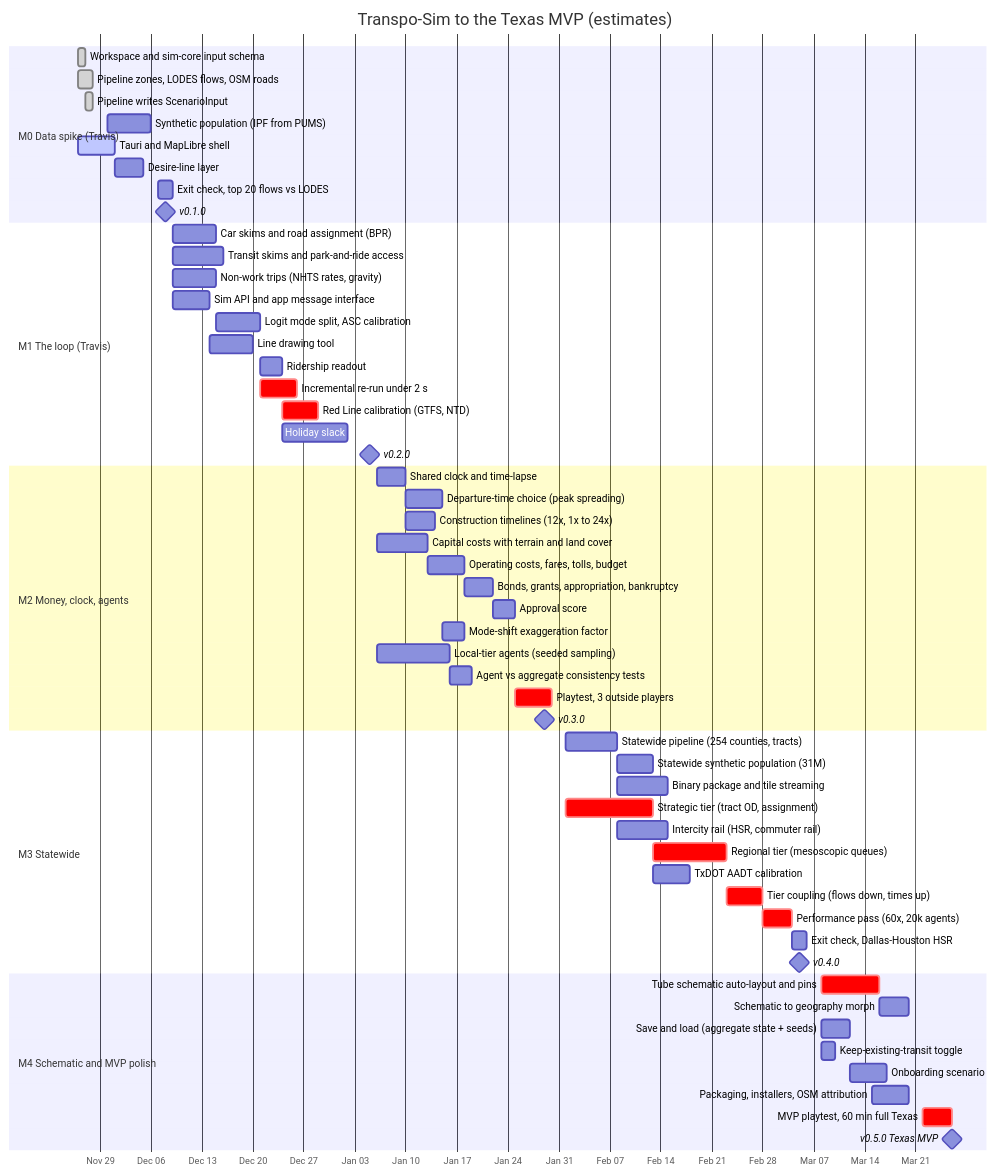
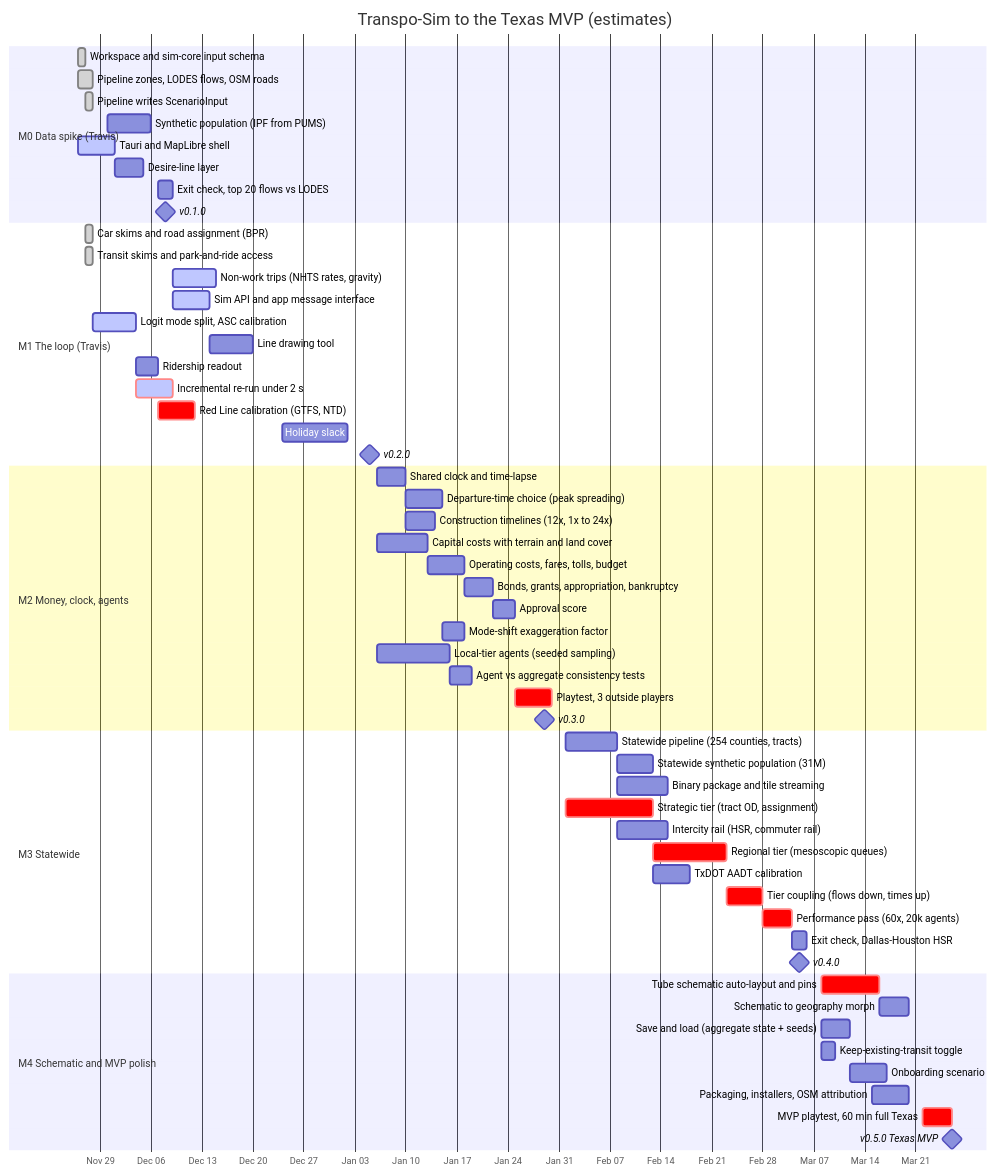
Before and after one commit to mr-gril-em-up/Transportation-Simulator: the diagram in docs/ROADMAP.md, drawn with Mermaid. The commit also changed other lines of this file and 20 other files, not shown here.

First line of the commit message:
sim-core: demand, mode choice, assignment and Sim API (#7)

````diff
--- a/docs/ROADMAP.md
+++ b/docs/ROADMAP.md
@@ -23,67 +23,67 @@
 ```mermaid
 gantt
     title Transpo-Sim to the Texas MVP (estimates)
     dateFormat YYYY-MM-DD
     axisFormat %b %d
     todayMarker on
 
     section M0 Data spike (Travis)
     Workspace and sim-core input schema        :done,   f01, 2026-11-26, 1d
     Pipeline zones, LODES flows, OSM roads     :done,   f02, 2026-11-26, 2d
     Pipeline writes ScenarioInput              :done,   f03, 2026-11-27, 1d
     Synthetic population (IPF from PUMS)       :        f04, 2026-11-30, 6d
     Tauri and MapLibre shell                   :active, f05, 2026-11-26, 5d
     Desire-line layer                          :        f06, after f05, 4d
     Exit check, top 20 flows vs LODES          :        f07, 2026-12-07, 2d
     v0.1.0                                     :milestone, r01, 2026-12-08, 0d
 
     section M1 The loop (Travis)
-    Car skims and road assignment (BPR)        :        f11, 2026-12-09, 6d
-    Transit skims and park-and-ride access     :        f12, 2026-12-09, 7d
-    Non-work trips (NHTS rates, gravity)       :        f13, 2026-12-09, 6d
-    Sim API and app message interface          :        f15, 2026-12-09, 5d
-    Logit mode split, ASC calibration          :        f14, after f11, 6d
+    Car skims and road assignment (BPR)        :done,   f11, 2026-11-27, 1d
+    Transit skims and park-and-ride access     :done,   f12, 2026-11-27, 1d
+    Non-work trips (NHTS rates, gravity)       :active, f13, 2026-12-09, 6d
+    Sim API and app message interface          :active, f15, 2026-12-09, 5d
+    Logit mode split, ASC calibration          :active, f14, after f11, 6d
     Line drawing tool                          :        f16, after f15, 6d
     Ridership readout                          :        f17, after f14, 3d
-    Incremental re-run under 2 s               :crit,   f18, after f14, 5d
+    Incremental re-run under 2 s               :active, crit, f18, after f14, 5d
     Red Line calibration (GTFS, NTD)           :crit,   f19, after f17, 5d
     Holiday slack                              :        f1h, 2026-12-24, 9d
     v0.2.0                                     :milestone, r02, 2027-01-05, 0d
 
     section M2 Money, clock, agents
     Shared clock and time-lapse                :        f21, 2027-01-06, 4d
     Departure-time choice (peak spreading)     :        f22, after f21, 5d
     Construction timelines (12x, 1x to 24x)    :        f24, after f21, 4d
     Capital costs with terrain and land cover  :        f23, 2027-01-06, 7d
     Operating costs, fares, tolls, budget      :        f25, after f23, 5d
     Bonds, grants, appropriation, bankruptcy   :        f26, after f25, 4d
     Approval score                             :        f27, after f26, 3d
     Mode-shift exaggeration factor             :        f2e, after f22, 3d
     Local-tier agents (seeded sampling)        :        f28, 2027-01-06, 10d
     Agent vs aggregate consistency tests       :        f29, after f28, 3d
     Playtest, 3 outside players                :crit,   f2p, 2027-01-25, 5d
     v0.3.0                                     :milestone, r03, 2027-01-29, 0d
 
     section M3 Statewide
     Statewide pipeline (254 counties, tracts)  :        f31, 2027-02-01, 7d
     Statewide synthetic population (31M)       :        f32, after f31, 5d
     Binary package and tile streaming          :        f33, after f31, 7d
     Strategic tier (tract OD, assignment)      :crit,   f34, 2027-02-01, 12d
     Intercity rail (HSR, commuter rail)        :        f37, 2027-02-08, 7d
     Regional tier (mesoscopic queues)          :crit,   f35, after f34, 10d
     TxDOT AADT calibration                     :        f38, after f34, 5d
     Tier coupling (flows down, times up)       :crit,   f36, after f35, 5d
     Performance pass (60x, 20k agents)         :crit,   f39, after f36, 4d
     Exit check, Dallas-Houston HSR             :        f3x, 2027-03-04, 2d
     v0.4.0                                     :milestone, r04, 2027-03-05, 0d
 
     section M4 Schematic and MVP polish
     Tube schematic auto-layout and pins        :crit,   f41, 2027-03-08, 8d
     Schematic to geography morph               :        f42, after f41, 4d
     Save and load (aggregate state + seeds)    :        f43, 2027-03-08, 4d
     Keep-existing-transit toggle               :        f44, 2027-03-08, 2d
     Onboarding scenario                        :        f45, 2027-03-12, 5d
     Packaging, installers, OSM attribution     :        f46, 2027-03-15, 5d
     MVP playtest, 60 min full Texas            :crit,   f47, 2027-03-22, 4d
     v0.5.0 Texas MVP                           :milestone, r05, 2027-03-26, 0d
 ```
````
